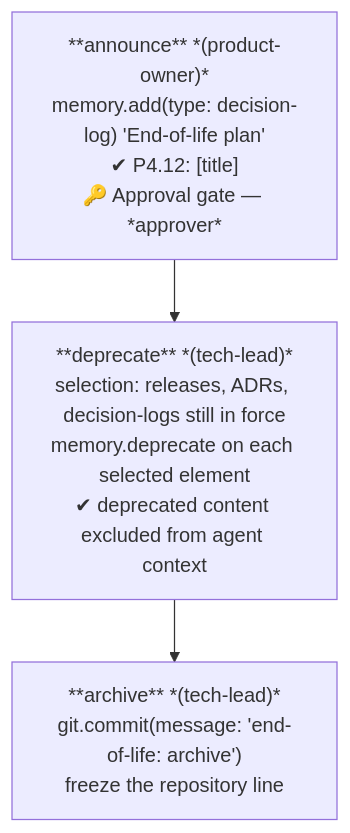
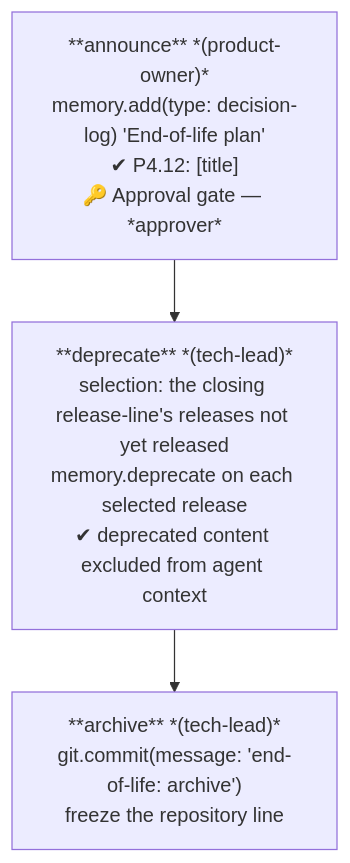
Diagram 14 of 24 in .wingfoil/WORKFLOW.md (wingfoil/wingfoil), drawn with Mermaid before and after one commit. The commit also changed 3 other files, not shown here.

First line of the commit message:
fix(workflow): task-199 — review rulings: end-of-life.deprecate selects only the closing release-line's unreleased releases

````diff
--- a/.wingfoil/WORKFLOW.md
+++ b/.wingfoil/WORKFLOW.md
@@ -318,8 +318,8 @@
 ```mermaid
 flowchart TD
     AN["**announce** *(product-owner)*\nmemory.add(type: decision-log) 'End-of-life plan'\n✔ P4.12: [title]\n🔑 Approval gate — *approver*"]
-    DE["**deprecate** *(tech-lead)*\nselection: releases, ADRs, decision-logs still in force\nmemory.deprecate on each selected element\n✔ deprecated content excluded from agent context"]
+    DE["**deprecate** *(tech-lead)*\nselection: the closing release-line's releases not yet released\nmemory.deprecate on each selected release\n✔ deprecated content excluded from agent context"]
     AR["**archive** *(tech-lead)*\ngit.commit(message: 'end-of-life: archive')\nfreeze the repository line"]
 
     AN --> DE --> AR
 ```
````
